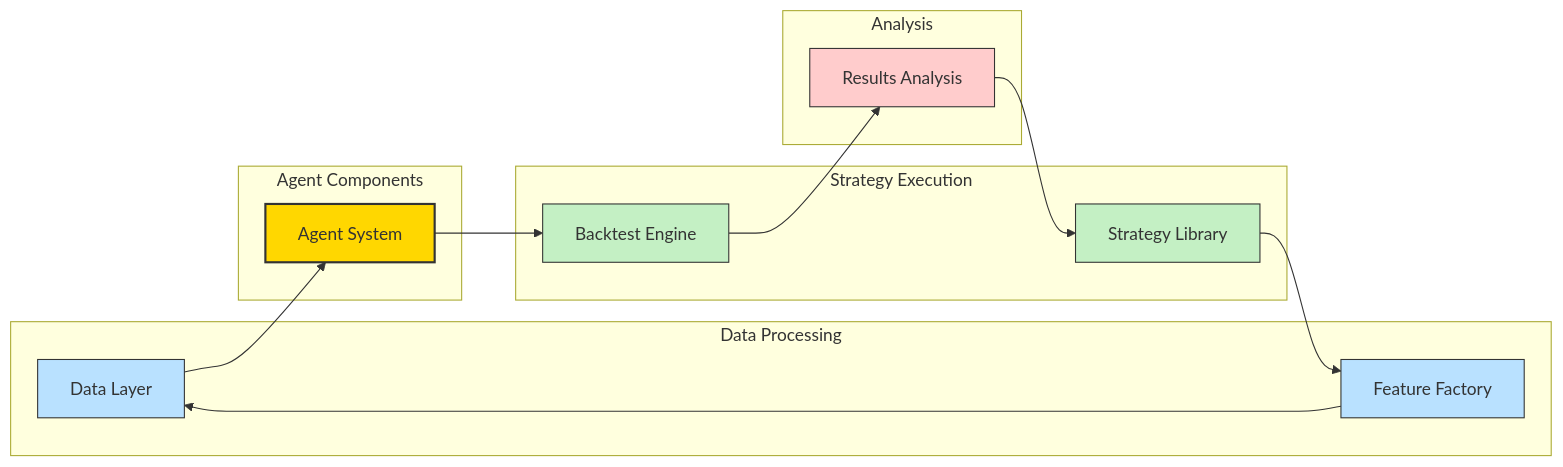
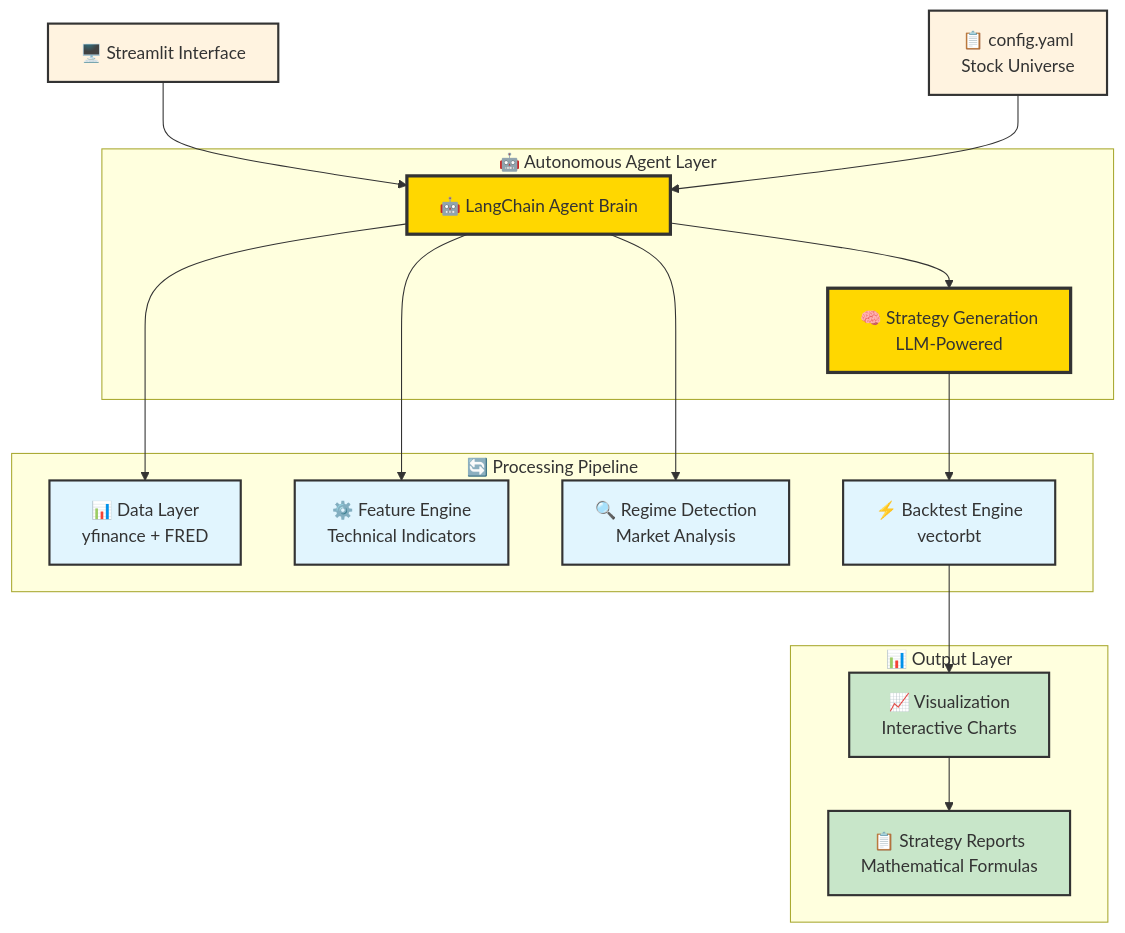
One commit to OnePunchMonk/AgentQuant changed the diagram in README.md. Above: the diagram before and after it, drawn with Mermaid. The commit also changed other lines of this file, not shown here.

````diff
--- a/README.md
+++ b/README.md
@@ -48,37 +42,41 @@
 ```mermaid
-flowchart LR
-    DL[Data Layer] --> AS[Agent System]
-    AS --> BE[Backtest Engine]
-    BE --> RA[Results Analysis]
-    RA --> SL[Strategy Library]
-    SL --> FF[Feature Factory]
-    FF --> DL
+flowchart TB
+    UI[🖥️ Streamlit Interface] --> AGENT[🤖 LangChain Agent Brain]
+    CONFIG[📋 config.yaml<br/>Stock Universe] --> AGENT
     
-    subgraph "Agent Components"
-        AS
+    AGENT --> DL[📊 Data Layer<br/>yfinance + FRED]
+    AGENT --> FE[⚙️ Feature Engine<br/>Technical Indicators]
+    AGENT --> RD[🔍 Regime Detection<br/>Market Analysis]
+    AGENT --> SG[🧠 Strategy Generation<br/>LLM-Powered]
+    
+    SG --> BT[⚡ Backtest Engine<br/>vectorbt]
+    BT --> VIZ[📈 Visualization<br/>Interactive Charts]
+    VIZ --> RESULTS[📋 Strategy Reports<br/>Mathematical Formulas]
+    
+    subgraph "🤖 Autonomous Agent Layer"
+        AGENT
+        SG
     end
     
-    subgraph "Data Processing"
+    subgraph "🔄 Processing Pipeline"
         DL
-        FF
+        FE
+        RD
+        BT
     end
     
-    subgraph "Strategy Execution"
-        SL
-        BE
+    subgraph "📊 Output Layer"
+        VIZ
+        RESULTS
     end
     
-    subgraph "Analysis"
-        RA
-    end
+    classDef agent fill:#ffd700,stroke:#333,stroke-width:3px
+    classDef process fill:#e1f5fe,stroke:#333,stroke-width:2px
+    classDef output fill:#c8e6c9,stroke:#333,stroke-width:2px
+    classDef input fill:#fff3e0,stroke:#333,stroke-width:2px
     
-    classDef agents fill:#ffd700,stroke:#333,stroke-width:2px
-    classDef data fill:#b9e1ff,stroke:#333,stroke-width:1px
-    classDef execution fill:#c4f0c4,stroke:#333,stroke-width:1px
-    classDef analysis fill:#ffcccc,stroke:#333,stroke-width:1px
-    
-    class AS agents
-    class DL,FF data
-    class SL,BE execution
-    class RA analysis
+    class UI,CONFIG input
+    class AGENT,SG agent
+    class DL,FE,RD,BT process
+    class VIZ,RESULTS output
 ```
````
